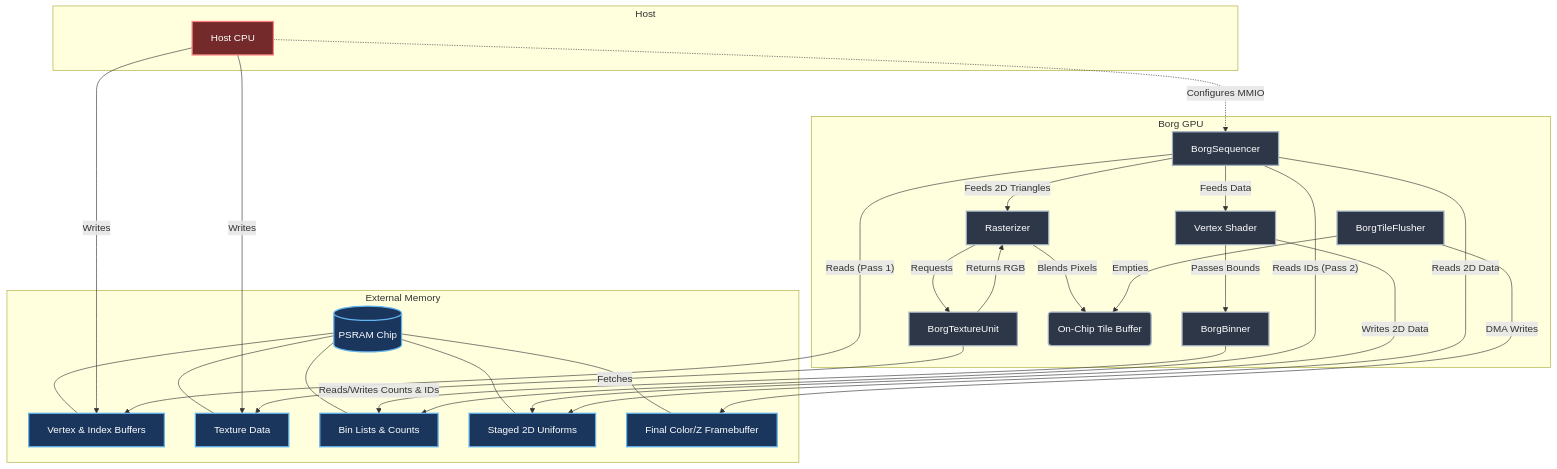
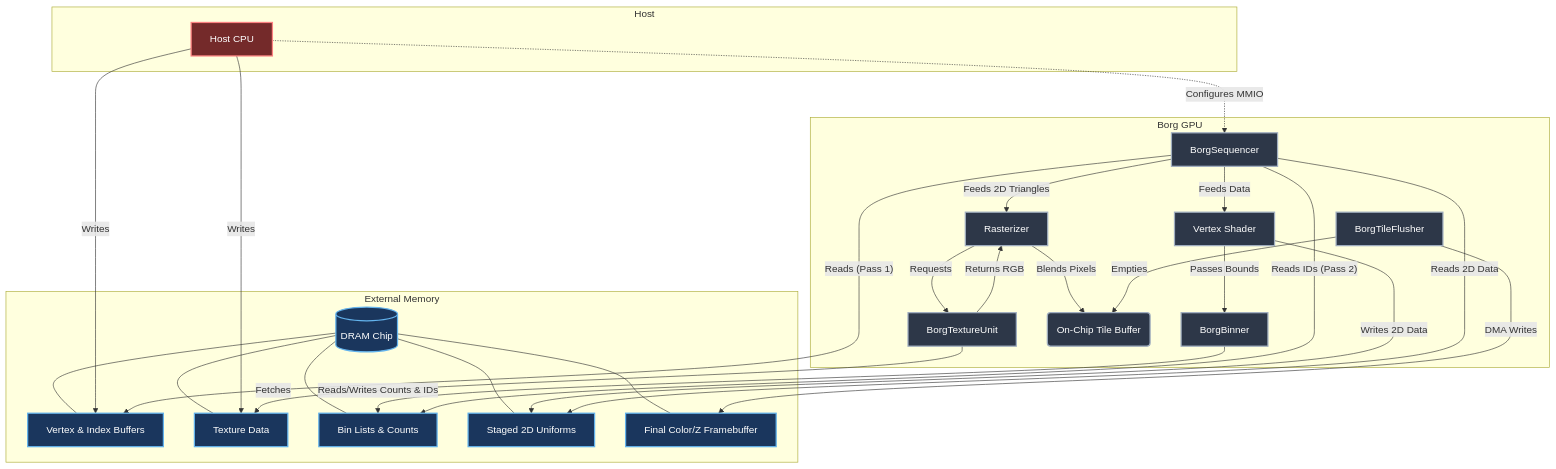
One commit to gonsolo/Borg changed the second of 2 diagrams in docs/07_tbr.md. Above: the diagram before and after it, drawn with Mermaid. The commit also changed other lines of this file and 12 other files, not shown here.

First line of the commit message:
docs: rename psram → dram to match the code refactor

````diff
--- a/docs/07_tbr.md
+++ b/docs/07_tbr.md
@@ -84,56 +84,56 @@
 ```mermaid
 graph TD
     classDef memory fill:#1a365d,stroke:#63b3ed,stroke-width:2px,color:#fff;
     classDef gpu fill:#2d3748,stroke:#a0aec0,stroke-width:2px,color:#fff;
     classDef cpu fill:#742a2a,stroke:#fc8181,stroke-width:2px,color:#fff;
 
     subgraph Host
         CPU[Host CPU]:::cpu
     end
 
     subgraph External Memory
-        PSRAM[(PSRAM Chip)]:::memory
+        DRAM[(DRAM Chip)]:::memory
         VBO[Vertex & Index Buffers]:::memory
         TEX[Texture Data]:::memory
         BIN[Bin Lists & Counts]:::memory
         UNI[Staged 2D Uniforms]:::memory
         FBO[Final Color/Z Framebuffer]:::memory
         
-        PSRAM --- VBO & TEX & BIN & UNI & FBO
+        DRAM --- VBO & TEX & BIN & UNI & FBO
     end
 
     subgraph Borg GPU
         SEQ[BorgSequencer]:::gpu
         VSH[Vertex Shader]:::gpu
         BINNER[BorgBinner]:::gpu
         RAST[Rasterizer]:::gpu
         TEXU[BorgTextureUnit]:::gpu
         TBUF(On-Chip Tile Buffer):::gpu
         FLUSH[BorgTileFlusher]:::gpu
     end
 
     %% Phase 0 - CPU
     CPU -- "Writes" --> VBO
     CPU -- "Writes" --> TEX
     CPU -. "Configures MMIO" .-> SEQ
 
     %% Phase 1 - GPU
     SEQ -- "Reads (Pass 1)" --> VBO
     SEQ -- "Feeds Data" --> VSH
     VSH -- "Writes 2D Data" --> UNI
     VSH -- "Passes Bounds" --> BINNER
     BINNER -- "Reads/Writes Counts & IDs" --> BIN
 
     %% Phase 2 - GPU
     SEQ -- "Reads IDs (Pass 2)" --> BIN
     SEQ -- "Reads 2D Data" --> UNI
     SEQ -- "Feeds 2D Triangles" --> RAST
     RAST -- "Requests" --> TEXU
     TEXU -- "Fetches" --> TEX
     TEXU -- "Returns RGB" --> RAST
     RAST -- "Blends Pixels" --> TBUF
 
     %% Phase 3 - GPU
     FLUSH -- "Empties" --> TBUF
     FLUSH -- "DMA Writes" --> FBO
 ```
````
